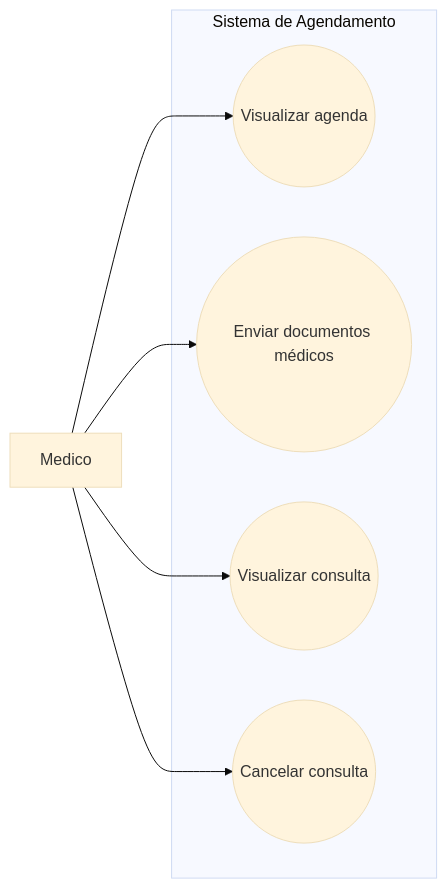
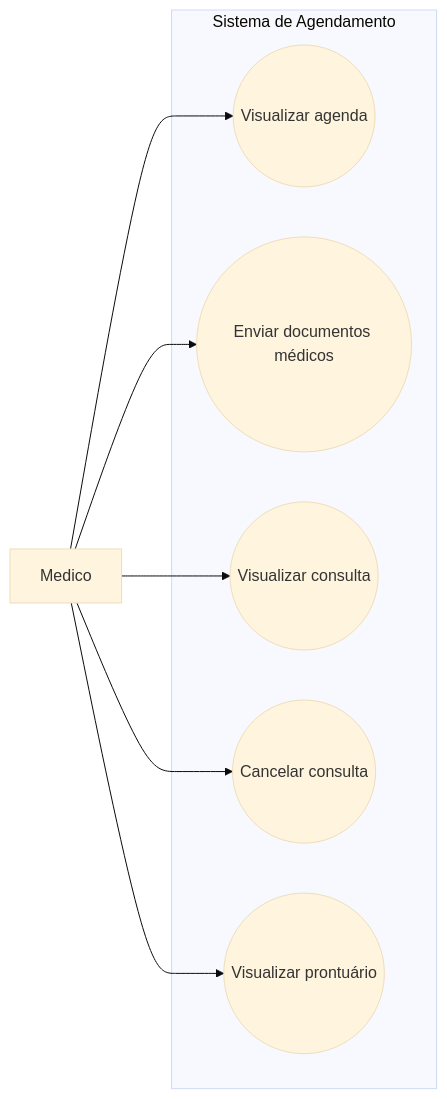
One commit to InsaneCaio/eng-soft-2026-1 changed the diagram in docs/casos de uso/medico.md. Above: the diagram before and after it, drawn with Mermaid (base theme). The commit also changed other lines of this file, not shown here.

````diff
--- a/docs/casos de uso/medico.md
+++ b/docs/casos de uso/medico.md
@@ -12,16 +13,18 @@
 ```mermaid
 flowchart LR
     M[Medico]
 
     subgraph Sistema de Agendamento
         UC1((Visualizar agenda))
         UC2((Enviar documentos médicos))
         UC3((Visualizar consulta))
         UC4((Cancelar consulta))
+        UC5((Visualizar prontuário))
     end
 
     M --> UC1
     M --> UC2
     M --> UC3
     M --> UC4
+    M --> UC5
 ```
````
